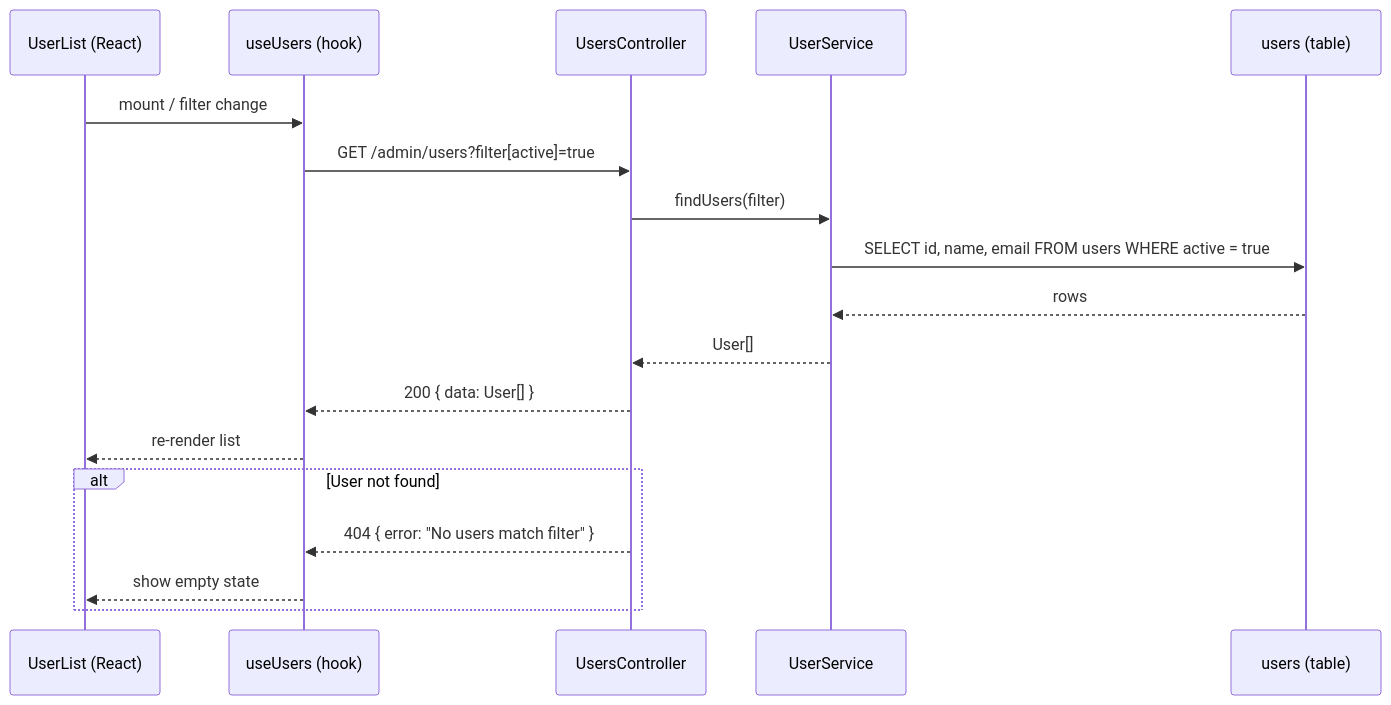
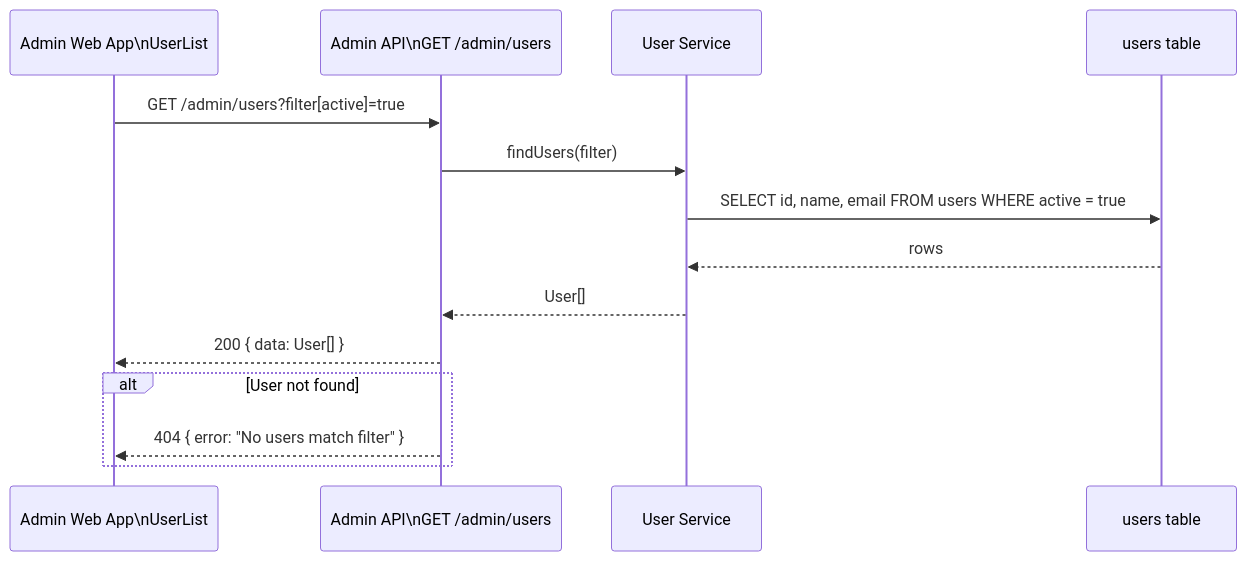
The third of 3 diagrams in agents/commands/a-story.md (ecoologic/ai-all-in-one), drawn with Mermaid before and after one commit. The commit also changed other lines of this file and 7 other files, not shown here.

````diff
--- a/agents/commands/a-story.md
+++ b/agents/commands/a-story.md
@@ -344,22 +357,18 @@
 ```mermaid
 sequenceDiagram
-    participant UI as UserList (React)
-    participant Hook as useUsers (hook)
-    participant API as UsersController
-    participant Svc as UserService
-    participant DB as users (table)
+    participant UI as Admin Web App\nUserList
+    participant API as Admin API\nGET /admin/users
+    participant Svc as User Service
+    participant DB as users table
 
-    UI->>Hook: mount / filter change
-    Hook->>API: GET /admin/users?filter[active]=true
+    UI->>API: GET /admin/users?filter[active]=true
     API->>Svc: findUsers(filter)
     Svc->>DB: SELECT id, name, email FROM users WHERE active = true
     DB-->>Svc: rows
     Svc-->>API: User[]
-    API-->>Hook: 200 { data: User[] }
-    Hook-->>UI: re-render list
+    API-->>UI: 200 { data: User[] }
 
     alt User not found
-        API-->>Hook: 404 { error: "No users match filter" }
-        Hook-->>UI: show empty state
+        API-->>UI: 404 { error: "No users match filter" }
     end
 ```
````
